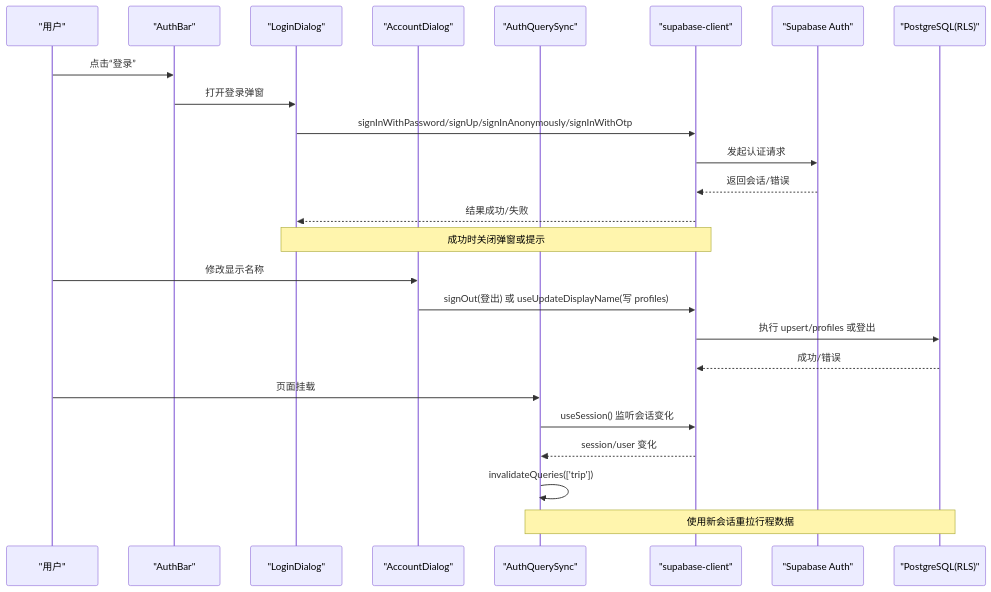
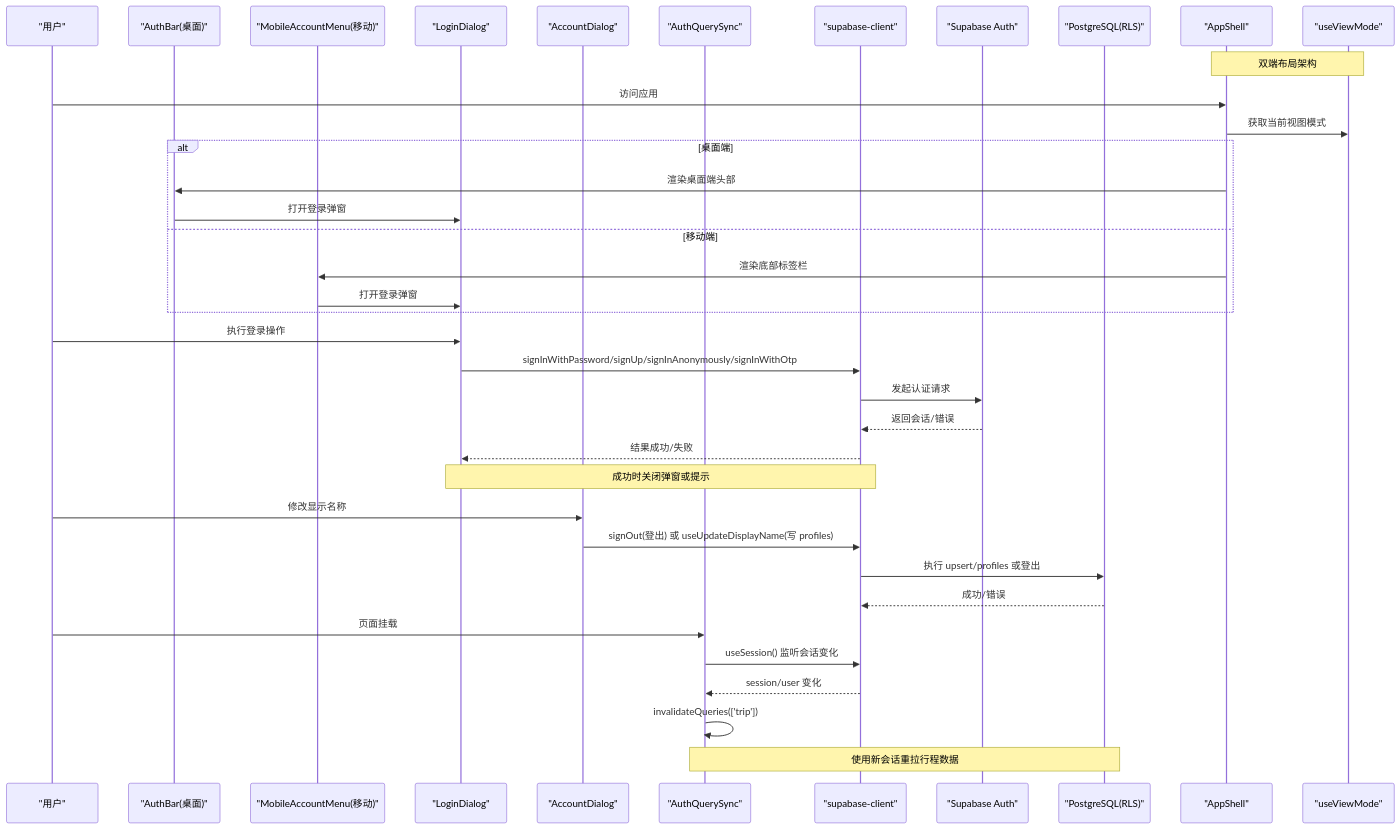
The second of 6 diagrams in .qoder/repowiki/zh/content/核心功能模块/团队协作模块/认证系统.md (huangyilu/wanwuyishi), drawn with Mermaid before and after one commit. The commit also changed other lines of this file and 103 other files, not shown here.

````diff
--- a/.qoder/repowiki/zh/content/核心功能模块/团队协作模块/认证系统.md
+++ b/.qoder/repowiki/zh/content/核心功能模块/团队协作模块/认证系统.md
@@ -90,27 +118,39 @@
 ```mermaid
 sequenceDiagram
 participant U as "用户"
-participant AB as "AuthBar"
+participant AB as "AuthBar(桌面)"
+participant MAM as "MobileAccountMenu(移动)"
 participant LD as "LoginDialog"
 participant AD as "AccountDialog"
 participant AQ as "AuthQuerySync"
 participant SC as "supabase-client"
 participant SA as "Supabase Auth"
 participant DB as "PostgreSQL(RLS)"
-U->>AB : 点击“登录”
+participant AS as "AppShell"
+participant VM as "useViewMode"
+Note over AS,VM : 双端布局架构
+U->>AS : 访问应用
+AS->>VM : 获取当前视图模式
+alt 桌面端
+AS->>AB : 渲染桌面端头部
 AB->>LD : 打开登录弹窗
+else 移动端
+AS->>MAM : 渲染底部标签栏
+MAM->>LD : 打开登录弹窗
+end
+U->>LD : 执行登录操作
 LD->>SC : signInWithPassword/signUp/signInAnonymously/signInWithOtp
 SC->>SA : 发起认证请求
 SA-->>SC : 返回会话/错误
 SC-->>LD : 结果成功/失败
 Note over LD,SC : 成功时关闭弹窗或提示
 U->>AD : 修改显示名称
 AD->>SC : signOut(登出) 或 useUpdateDisplayName(写 profiles)
 SC->>DB : 执行 upsert/profiles 或登出
 DB-->>SC : 成功/错误
 U->>AQ : 页面挂载
 AQ->>SC : useSession() 监听会话变化
 SC-->>AQ : session/user 变化
 AQ->>AQ : invalidateQueries(['trip'])
 Note over AQ,DB : 使用新会话重拉行程数据
 ```
````
